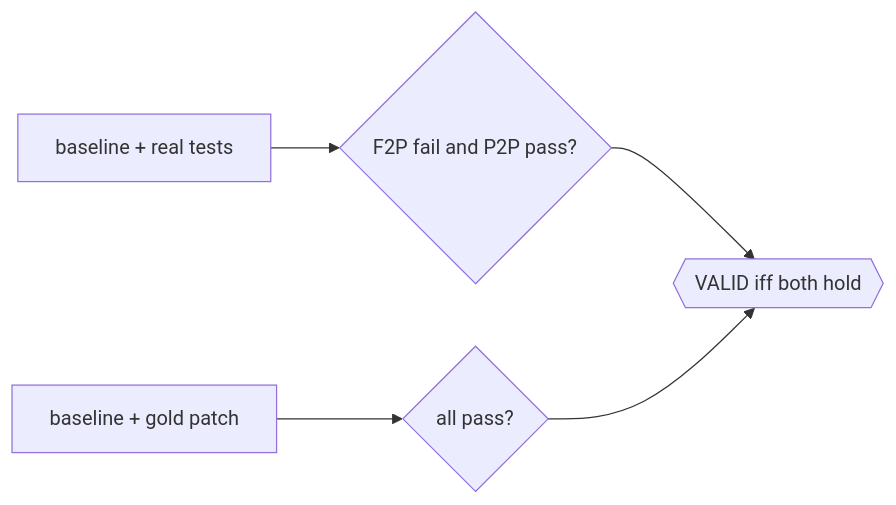
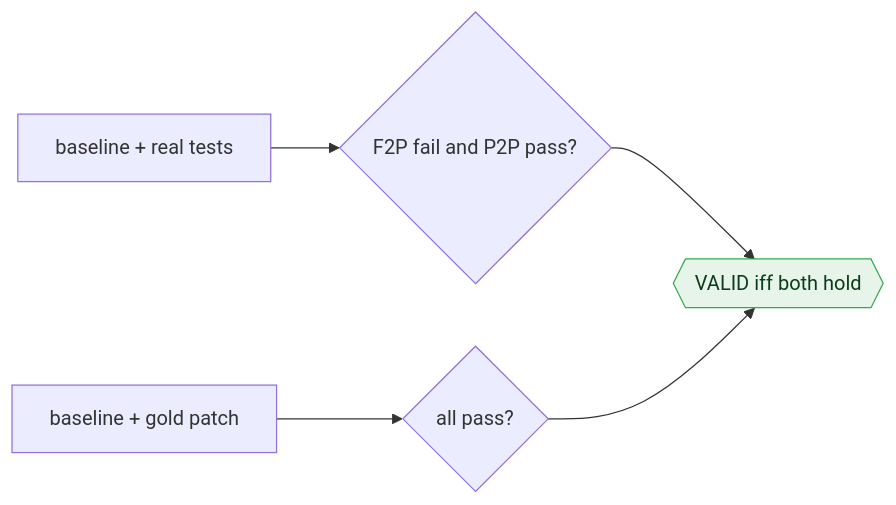
Before and after one commit to NemMehta/Theta-Take-Home-Challenge: the third of 3 diagrams in README.md, drawn with Mermaid. The commit also changed other lines of this file, not shown here.

Commit message:
Polish README: badges, themed diagrams, alert callouts; add repo topics

````diff
--- a/README.md
+++ b/README.md
@@ -50,7 +71,13 @@
 ```mermaid
 flowchart LR
   B1["baseline + real tests"] --> E1{"F2P fail and P2P pass?"}
   G1["baseline + gold patch"] --> E2{"all pass?"}
   E1 --> V{{"VALID iff both hold"}}
   E2 --> V
+  classDef host fill:#E8F0FE,stroke:#4285F4,color:#0b1f44;
+  classDef container fill:#FEF7E0,stroke:#F9AB00,color:#3d2c00;
+  classDef ok fill:#E6F4EA,stroke:#34A853,color:#0b3d1a;
+  classDef bad fill:#FCE8E6,stroke:#EA4335,color:#5c1109;
+  classDef key fill:#F3E8FD,stroke:#A142F4,color:#2e0a4f;
+  class V ok;
 ```
````
